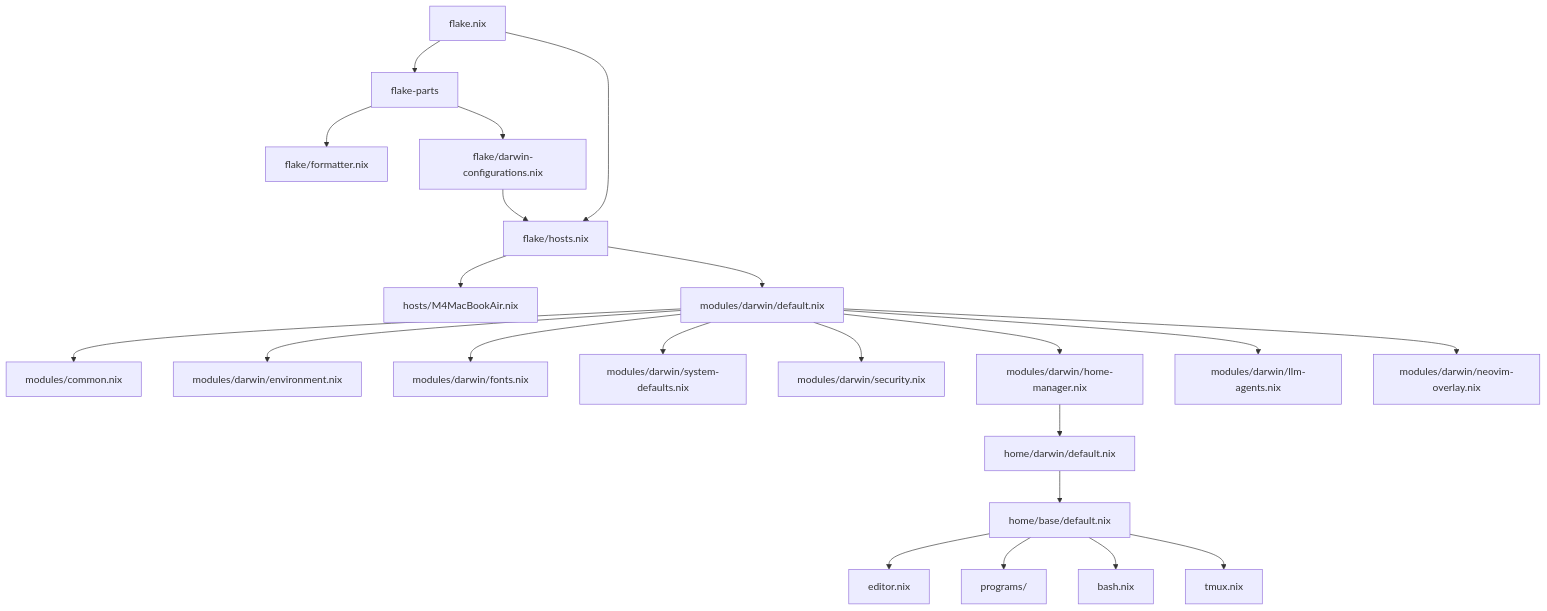
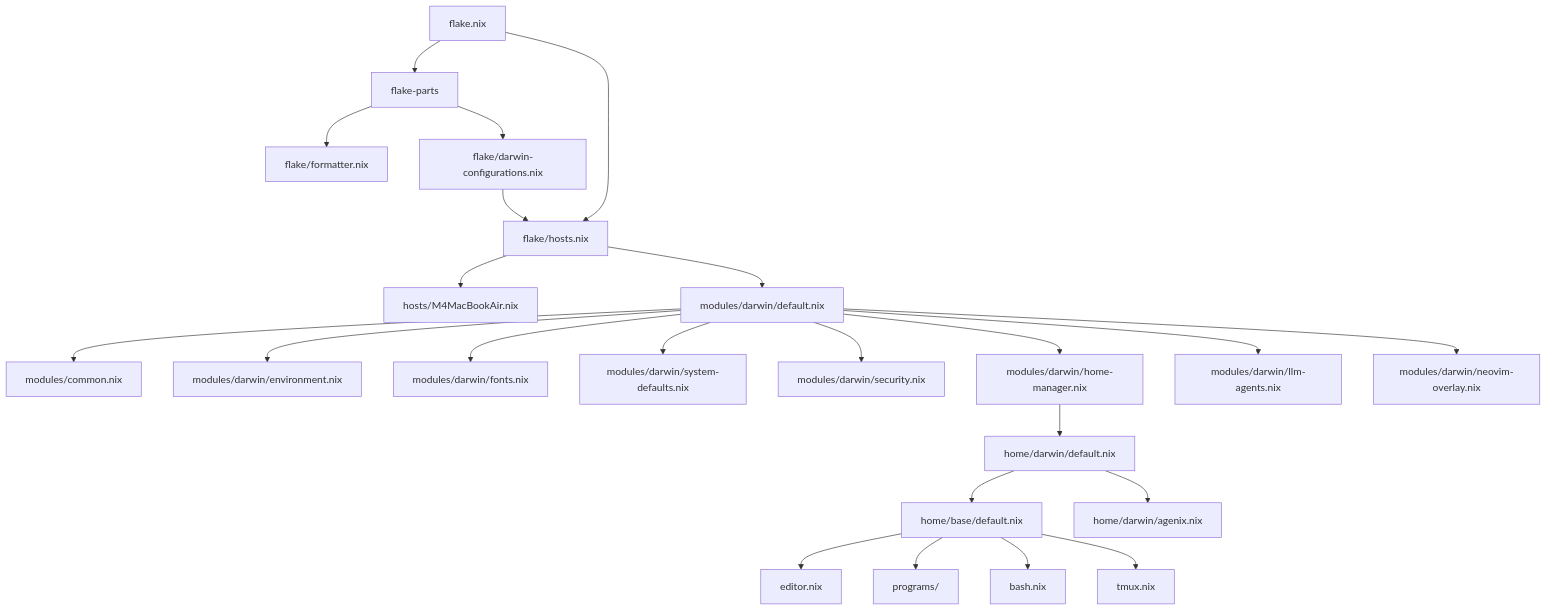
One commit to pranc1ngpegasus/dotfiles changed the diagram in docs/architecture.md. Above: the diagram before and after it, drawn with Mermaid. The commit also changed other lines of this file and 7 other files, not shown here.

````diff
--- a/docs/architecture.md
+++ b/docs/architecture.md
@@ -5,24 +5,25 @@
 ```mermaid
 graph TD
     flake[flake.nix] --> parts[flake-parts]
     flake --> hostMap[flake/hosts.nix]
     parts --> formatter[flake/formatter.nix]
     parts --> darwinConfigurations[flake/darwin-configurations.nix]
     darwinConfigurations --> hostMap
     hostMap --> host[hosts/M4MacBookAir.nix]
     hostMap --> darwin[modules/darwin/default.nix]
     darwin --> common[modules/common.nix]
     darwin --> environment[modules/darwin/environment.nix]
     darwin --> fonts[modules/darwin/fonts.nix]
     darwin --> defaults[modules/darwin/system-defaults.nix]
     darwin --> security[modules/darwin/security.nix]
     darwin --> homeManager[modules/darwin/home-manager.nix]
     darwin --> agents[modules/darwin/llm-agents.nix]
     darwin --> neovimOverlay[modules/darwin/neovim-overlay.nix]
     homeManager --> darwinHome[home/darwin/default.nix]
     darwinHome --> baseHome[home/base/default.nix]
+    darwinHome --> agenix[home/darwin/agenix.nix]
     baseHome --> editor[editor.nix]
     baseHome --> programs[programs/]
     baseHome --> bash[bash.nix]
     baseHome --> tmux[tmux.nix]
 ```
````
